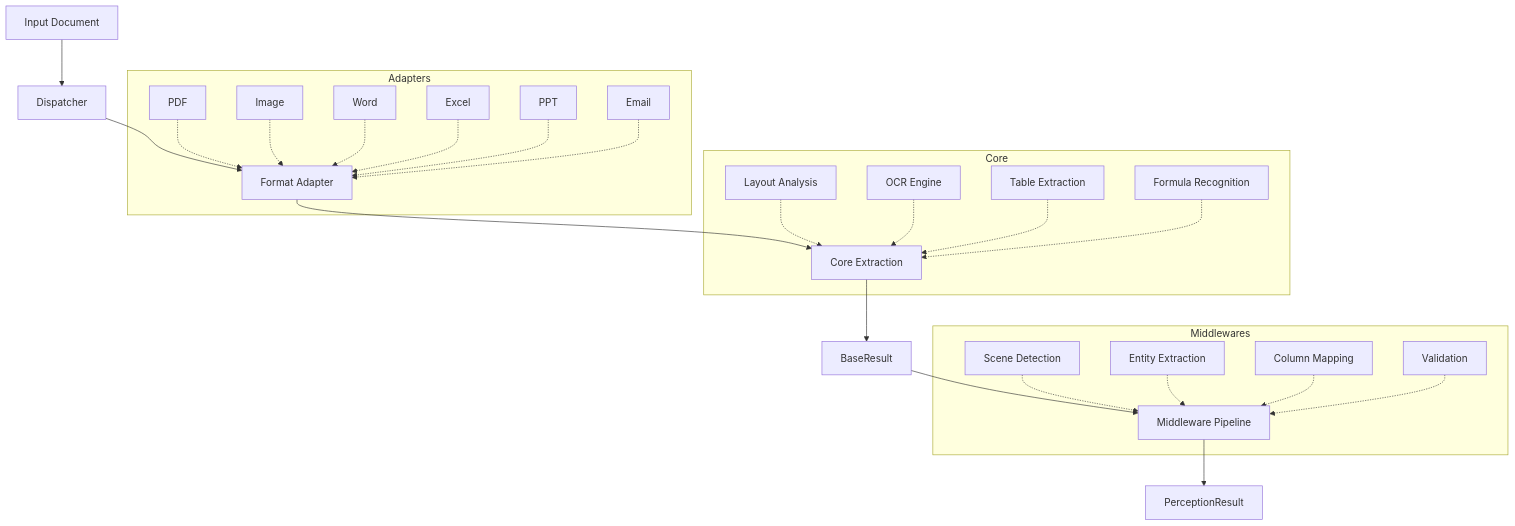
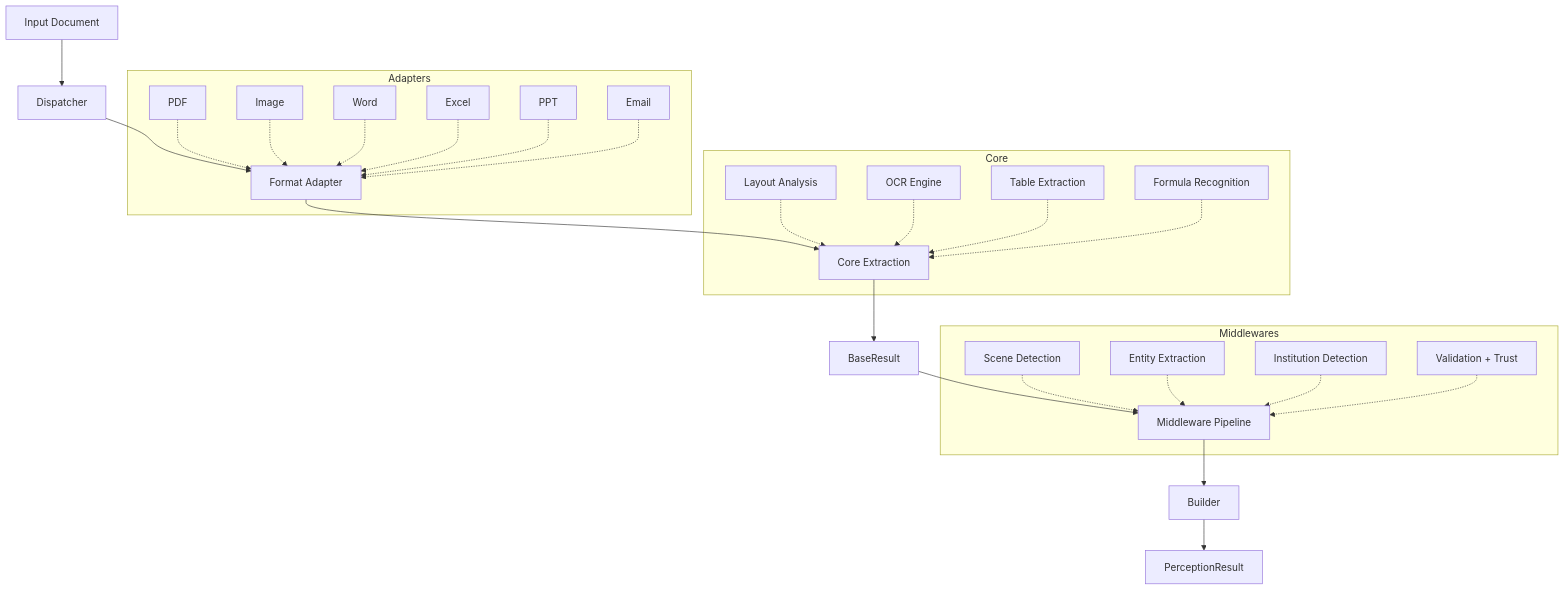
The diagram in docs/guide/architecture.md (valuemapglobal/docmirror), drawn with Mermaid before and after one commit. The commit also changed other lines of this file and 144 other files, not shown here.

````diff
--- a/docs/guide/architecture.md
+++ b/docs/guide/architecture.md
@@ -5,32 +5,33 @@
 ```mermaid
 graph TD
     A[Input Document] --> B[Dispatcher]
     B --> C[Format Adapter]
     C --> D[Core Extraction]
     D --> E[BaseResult]
     E --> F[Middleware Pipeline]
-    F --> G[PerceptionResult]
+    F --> G[Builder]
+    G --> H[PerceptionResult]
 
     subgraph Adapters
         C1[PDF] -.-> C
         C2[Image] -.-> C
         C3[Word] -.-> C
         C4[Excel] -.-> C
         C5[PPT] -.-> C
         C6[Email] -.-> C
     end
 
     subgraph Core
         D1[Layout Analysis] -.-> D
         D2[OCR Engine] -.-> D
         D3[Table Extraction] -.-> D
         D4[Formula Recognition] -.-> D
     end
 
     subgraph Middlewares
         F1[Scene Detection] -.-> F
         F2[Entity Extraction] -.-> F
-        F3[Column Mapping] -.-> F
-        F4[Validation] -.-> F
+        F3[Institution Detection] -.-> F
+        F4[Validation + Trust] -.-> F
     end
 ```
````
